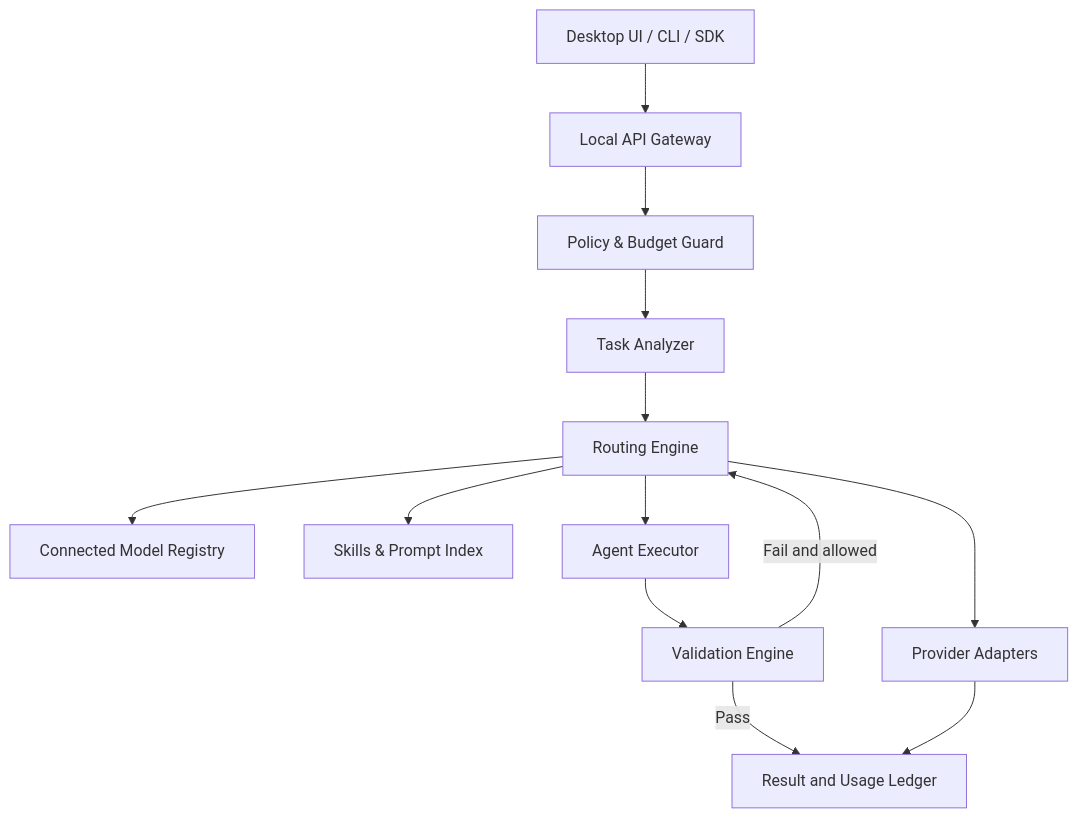
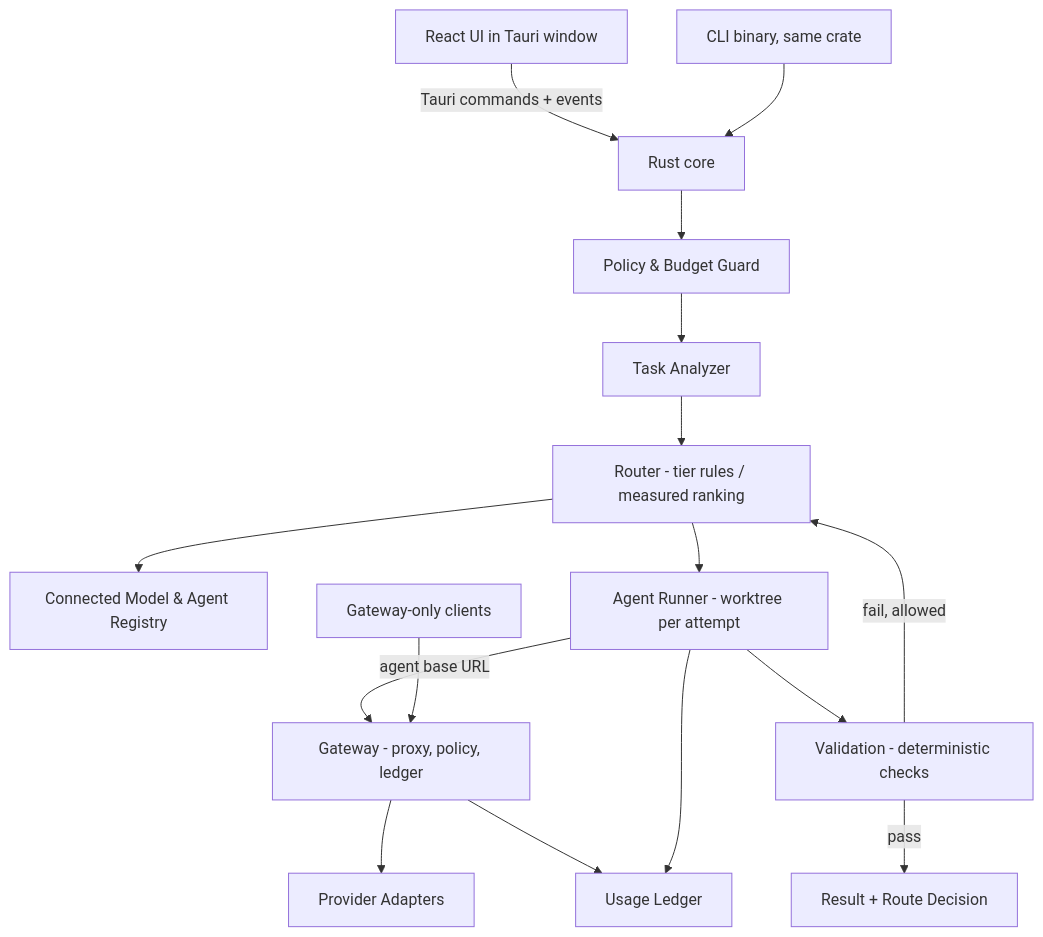
The diagram in docs/SMARTROUTER_UI_UX_FUNCTIONAL_PLAN.md (nambean/Pygg), drawn with Mermaid before and after one commit. The commit also changed other lines of this file and 2 other files, not shown here.

````diff
--- a/docs/SMARTROUTER_UI_UX_FUNCTIONAL_PLAN.md
+++ b/docs/SMARTROUTER_UI_UX_FUNCTIONAL_PLAN.md
@@ -216,15 +305,18 @@
 ```mermaid
 flowchart TD
- U[Desktop UI / CLI / SDK] --> API[Local API Gateway]
- API --> P[Policy & Budget Guard]
- P --> T[Task Analyzer]
- T --> R[Routing Engine]
- R --> M[Connected Model Registry]
- R --> S[Skills & Prompt Index]
- R --> E[Agent Executor]
- E --> V[Validation Engine]
- V -->|Pass| O[Result and Usage Ledger]
- V -->|Fail and allowed| R
- R --> G[Provider Adapters]
- G --> O
+  UI[React UI in Tauri window] -->|Tauri commands + events| SVC[Rust core]
+  CLI[CLI binary, same crate] --> SVC
+  SVC --> POL[Policy & Budget Guard]
+  POL --> AN[Task Analyzer]
+  AN --> RT[Router - tier rules / measured ranking]
+  RT --> REG[Connected Model & Agent Registry]
+  RT --> RUN[Agent Runner - worktree per attempt]
+  RUN -->|agent base URL| GW[Gateway - proxy, policy, ledger]
+  RUN --> VAL[Validation - deterministic checks]
+  VAL -->|pass| RES[Result + Route Decision]
+  VAL -->|fail, allowed| RT
+  EXT[Gateway-only clients] --> GW
+  GW --> AD[Provider Adapters]
+  GW --> LED[Usage Ledger]
+  RUN --> LED
 ```
````
